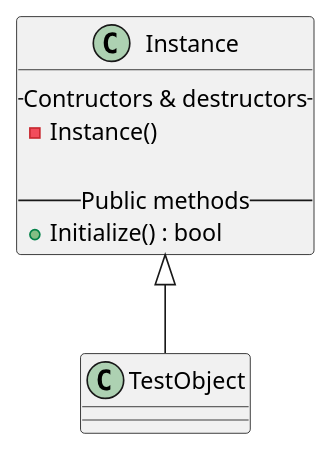
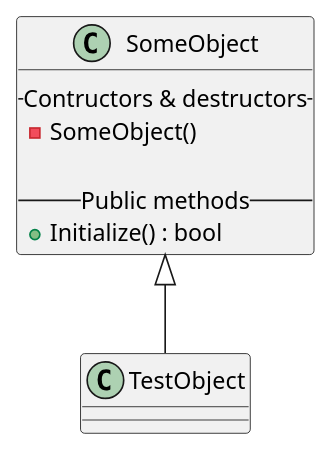
One commit to Maznna/UML-in-Markdown changed the diagram in UML/Instance.puml. Above: the diagram before and after it, drawn with PlantUML.

```diff
--- a/UML/Instance.puml
+++ b/UML/Instance.puml
@@ -1,13 +1,13 @@
 @startuml
 
-Instance <|-- TestObject
+SomeObject <|-- TestObject
 
-class Instance {
+class SomeObject {
     -- Contructors & destructors --
-    - Instance()
+    - SomeObject()
     
     -- Public methods --
     + Initialize() : bool
 }
 
 @enduml
```
